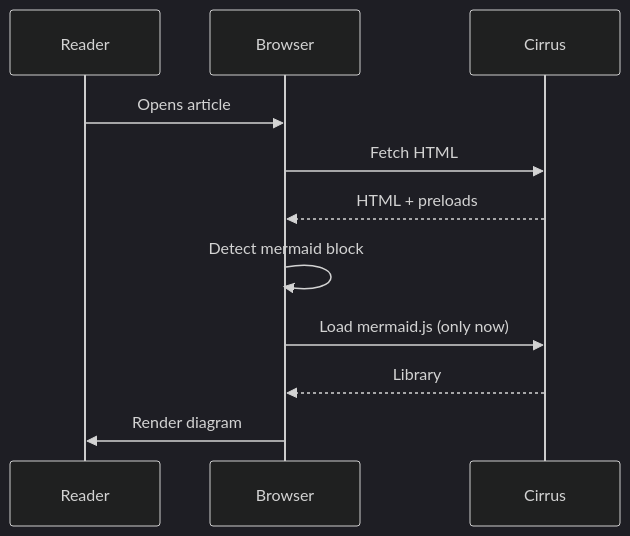
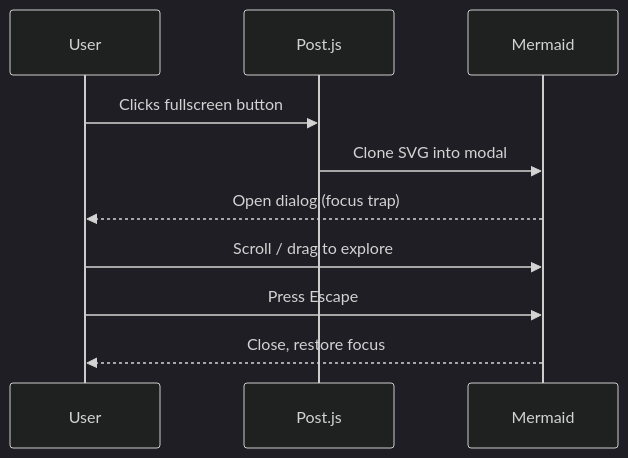
Before and after one commit to Arnaud-Ferriere/Cirrus-for-Jekyll: the second of 2 diagrams in _posts/2024-03-01-mastering-cirrus-part-3.md, drawn with Mermaid (dark theme). The commit also changed other lines of this file and 4 other files, not shown here.

````diff
--- a/_posts/2024-03-01-mastering-cirrus-part-3.md
+++ b/_posts/2024-03-01-mastering-cirrus-part-3.md
@@ -35,13 +74,12 @@
 ```mermaid
 sequenceDiagram
-    participant Reader
-    participant Browser
-    participant Cirrus
-    Reader->>Browser: Opens article
-    Browser->>Cirrus: Fetch HTML
-    Cirrus-->>Browser: HTML + preloads
-    Browser->>Browser: Detect mermaid block
-    Browser->>Cirrus: Load mermaid.js (only now)
-    Cirrus-->>Browser: Library
-    Browser->>Reader: Render diagram
+    participant User
+    participant Post.js
+    participant Mermaid
+    User->>Post.js: Clicks fullscreen button
+    Post.js->>Mermaid: Clone SVG into modal
+    Mermaid-->>User: Open dialog (focus trap)
+    User->>Mermaid: Scroll / drag to explore
+    User->>Mermaid: Press Escape
+    Mermaid-->>User: Close, restore focus
 ```
````
